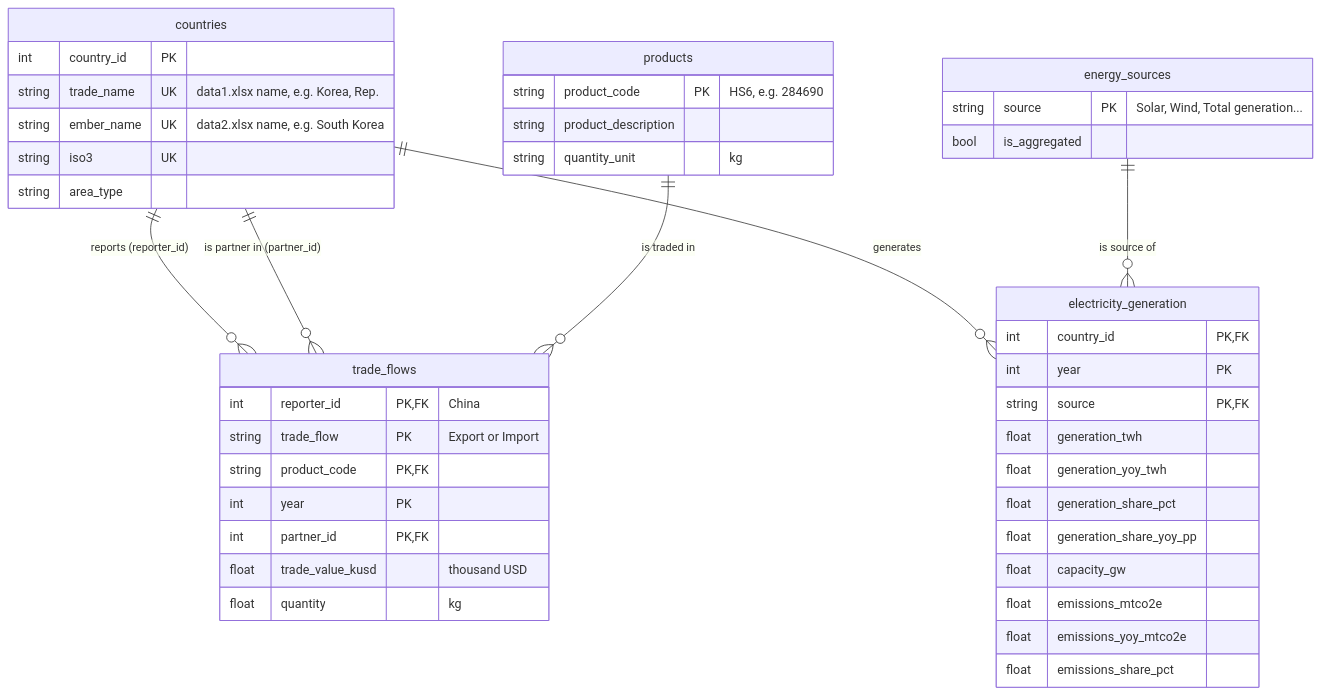
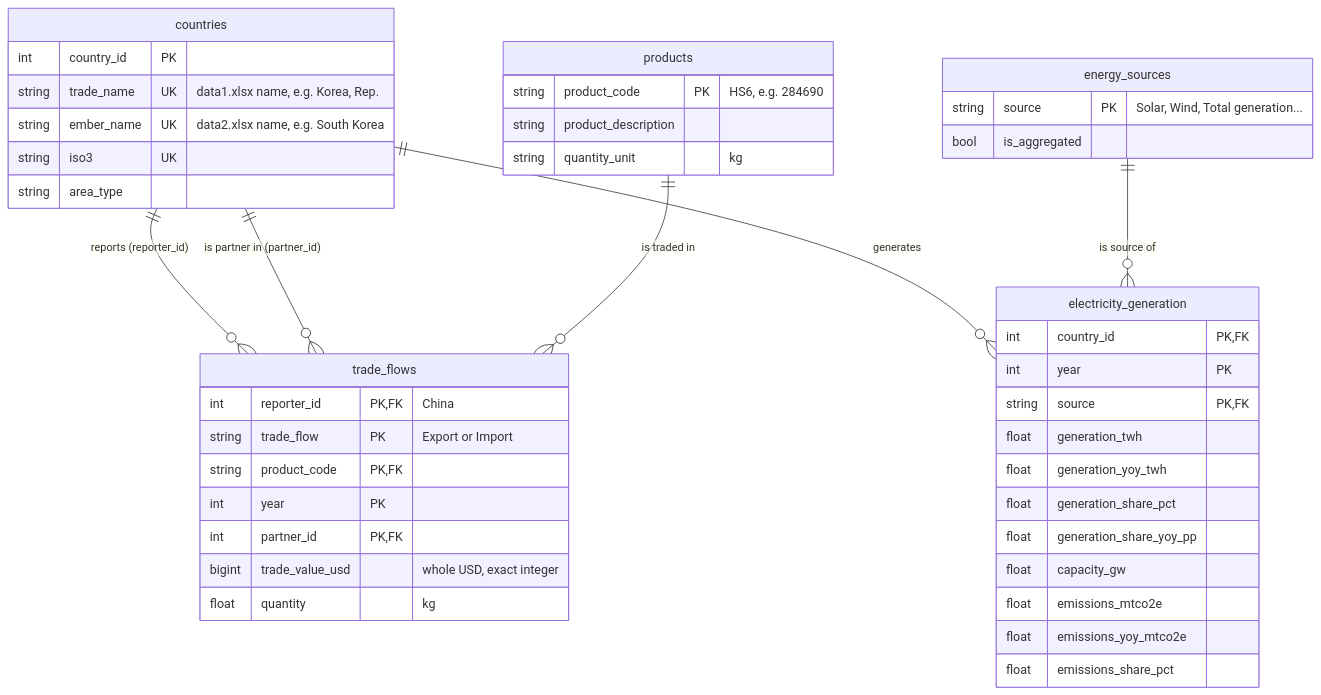
One commit to bolorbud-gif/business-analytics-portfolio changed the first of 2 diagrams in docs/ERD.md. Above: the diagram before and after it, drawn with Mermaid. The commit also changed other lines of this file and 11 other files, not shown here.

````diff
--- a/docs/ERD.md
+++ b/docs/ERD.md
@@ -11,51 +11,51 @@
 ```mermaid
 erDiagram
     countries ||--o{ trade_flows : "reports (reporter_id)"
     countries ||--o{ trade_flows : "is partner in (partner_id)"
     products ||--o{ trade_flows : "is traded in"
     countries ||--o{ electricity_generation : "generates"
     energy_sources ||--o{ electricity_generation : "is source of"
 
     countries {
         int country_id PK
         string trade_name UK "data1.xlsx name, e.g. Korea, Rep."
         string ember_name UK "data2.xlsx name, e.g. South Korea"
         string iso3 UK
         string area_type
     }
 
     products {
         string product_code PK "HS6, e.g. 284690"
         string product_description
         string quantity_unit "kg"
     }
 
     energy_sources {
         string source PK "Solar, Wind, Total generation..."
         bool is_aggregated
     }
 
     trade_flows {
         int reporter_id PK, FK "China"
         string trade_flow PK "Export or Import"
         string product_code PK, FK
         int year PK
         int partner_id PK, FK
-        float trade_value_kusd "thousand USD"
+        bigint trade_value_usd "whole USD, exact integer"
         float quantity "kg"
     }
 
     electricity_generation {
         int country_id PK, FK
         int year PK
         string source PK, FK
         float generation_twh
         float generation_yoy_twh
         float generation_share_pct
         float generation_share_yoy_pp
         float capacity_gw
         float emissions_mtco2e
         float emissions_yoy_mtco2e
         float emissions_share_pct
     }
 ```
````
